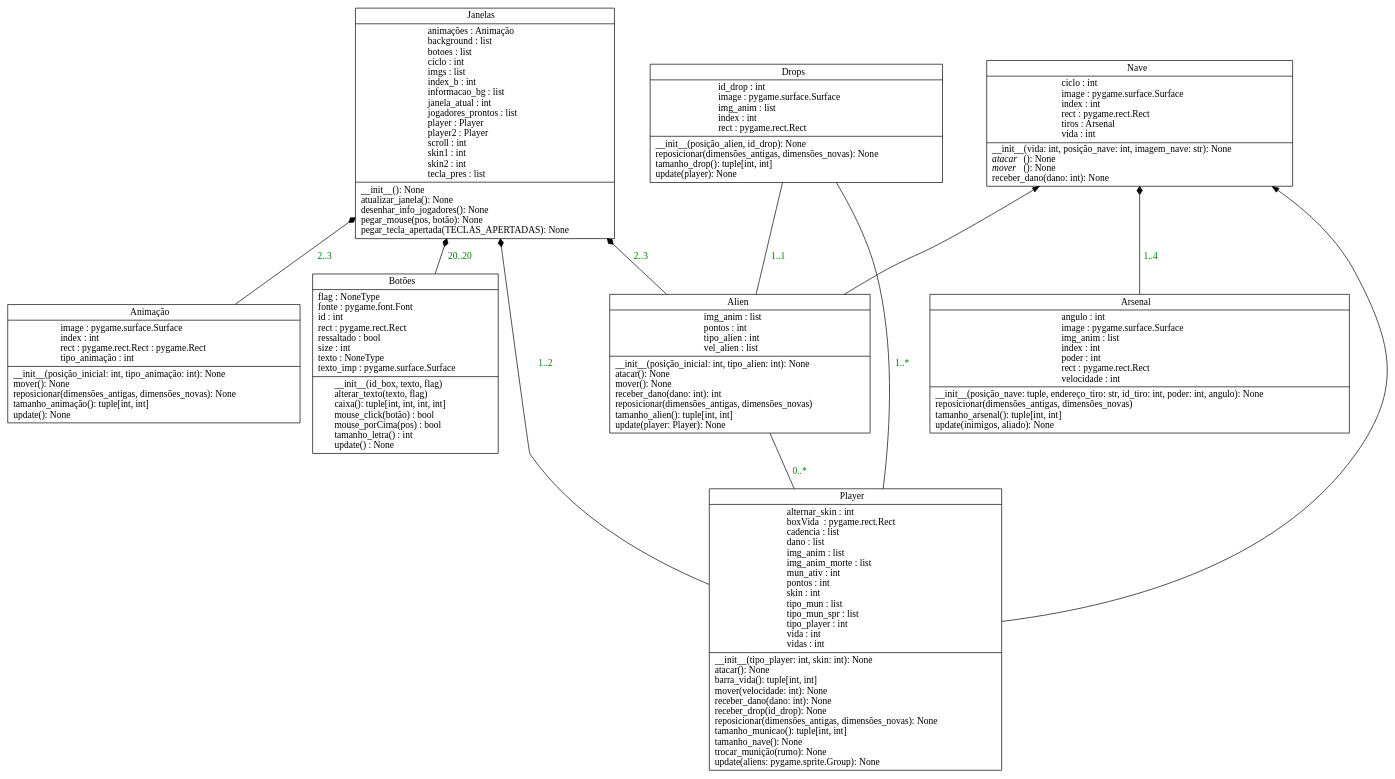
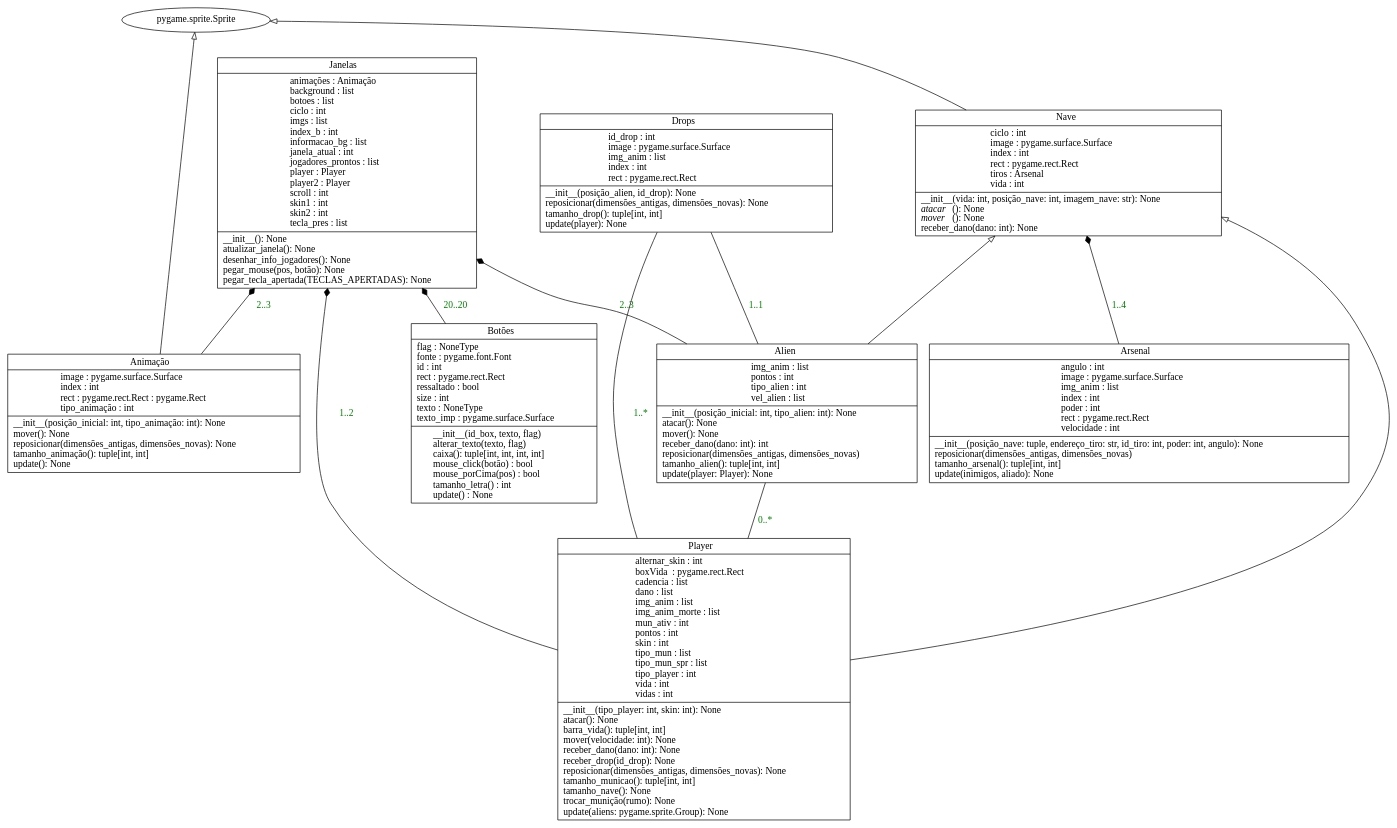
Before and after one commit to asdt123/Projeto-POO-2024-1: the diagram in UML/classes_JOGO.dot, drawn with Graphviz. The commit also changed 1 other file, not shown here.

Commit message:
alterado uml

```diff
--- a/UML/classes_JOGO.dot
+++ b/UML/classes_JOGO.dot
@@ -1,22 +1,24 @@
 digraph "classes_JOGO" {
 rankdir=BT
 charset="utf-8"
 "Janelas" [color="black", fontcolor="black", label=<{Janelas|animações : Animação<br ALIGN="LEFT"/>background : list<br ALIGN="LEFT"/>botoes : list<br ALIGN="LEFT"/>ciclo : int<br ALIGN="LEFT"/>imgs : list<br ALIGN="LEFT"/>index_b : int<br ALIGN="LEFT"/>informacao_bg : list<br ALIGN="LEFT"/>janela_atual : int<br ALIGN="LEFT"/>jogadores_prontos : list<br ALIGN="LEFT"/>player : Player<br ALIGN="LEFT"/>player2 : Player<br ALIGN="LEFT"/>scroll : int<br ALIGN="LEFT"/>skin1 : int<br ALIGN="LEFT"/>skin2 : int<br ALIGN="LEFT"/>tecla_pres : list<br ALIGN="LEFT"/>|__init__(): None<br ALIGN="LEFT"/>atualizar_janela(): None<br ALIGN="LEFT"/>desenhar_info_jogadores(): None<br ALIGN="LEFT"/>pegar_mouse(pos, botão): None<br ALIGN="LEFT"/>pegar_tecla_apertada(TECLAS_APERTADAS): None<br ALIGN="LEFT"/>}>, shape="record", style="solid"];
 "Nave" [color="black", fontcolor="black", label=<{Nave|ciclo : int<br ALIGN="LEFT"/>image : pygame.surface.Surface<br ALIGN="LEFT"/>index : int<br ALIGN="LEFT"/>rect : pygame.rect.Rect<br ALIGN="LEFT"/>tiros : Arsenal<br ALIGN="LEFT"/>vida : int<br ALIGN="LEFT"/>|__init__(vida: int, posição_nave: int, imagem_nave: str): None<br ALIGN="LEFT"/><I>atacar</I>(): None<br ALIGN="LEFT"/><I>mover</I>(): None<br ALIGN="LEFT"/>receber_dano(dano: int): None<br ALIGN="LEFT"/>}>, shape="record", style="solid"];
 "Alien" [color="black", fontcolor="black", label=<{Alien|img_anim : list<br ALIGN="LEFT"/>pontos : int<br ALIGN="LEFT"/>tipo_alien : int<br ALIGN="LEFT"/>vel_alien : list<br ALIGN="LEFT"/>|__init__(posição_inicial: int, tipo_alien: int): None<br ALIGN="LEFT"/>atacar(): None<br ALIGN="LEFT"/>mover(): None<br ALIGN="LEFT"/>receber_dano(dano: int): int<br ALIGN="LEFT"/>reposicionar(dimensões_antigas, dimensões_novas)<br ALIGN="LEFT"/>tamanho_alien(): tuple[int, int]<br ALIGN="LEFT"/>update(player: Player): None<br ALIGN="LEFT"/>}>, shape="record", style="solid"];
 "Arsenal" [color="black", fontcolor="black", label=<{Arsenal|angulo : int<br ALIGN="LEFT"/>image : pygame.surface.Surface<br ALIGN="LEFT"/>img_anim : list<br ALIGN="LEFT"/>index : int<br ALIGN="LEFT"/>poder : int<br ALIGN="LEFT"/>rect : pygame.rect.Rect<br ALIGN="LEFT"/>velocidade : int<br ALIGN="LEFT"/>|__init__(posição_nave: tuple, endereço_tiro: str, id_tiro: int, poder: int, angulo): None<br ALIGN="LEFT"/>reposicionar(dimensões_antigas, dimensões_novas)<br ALIGN="LEFT"/>tamanho_arsenal(): tuple[int, int]<br ALIGN="LEFT"/>update(inimigos, aliado): None<br ALIGN="LEFT"/>}>, shape="record", style="solid"];
 "Player" [color="black", fontcolor="black", label=<{Player|alternar_skin : int<br ALIGN="LEFT"/>boxVida  : pygame.rect.Rect<br ALIGN="LEFT"/>cadencia : list<br ALIGN="LEFT"/>dano : list<br ALIGN="LEFT"/>img_anim : list<br ALIGN="LEFT"/>img_anim_morte : list<br ALIGN="LEFT"/>mun_ativ : int<br ALIGN="LEFT"/>pontos : int<br ALIGN="LEFT"/>skin : int<br ALIGN="LEFT"/>tipo_mun : list<br ALIGN="LEFT"/>tipo_mun_spr : list<br ALIGN="LEFT"/>tipo_player : int<br ALIGN="LEFT"/>vida : int<br ALIGN="LEFT"/>vidas : int<br ALIGN="LEFT"/>|__init__(tipo_player: int, skin: int): None<br ALIGN="LEFT"/>atacar(): None<br ALIGN="LEFT"/>barra_vida(): tuple[int, int]<br ALIGN="LEFT"/>mover(velocidade: int): None<br ALIGN="LEFT"/>receber_dano(dano: int): None<br ALIGN="LEFT"/>receber_drop(id_drop): None<br ALIGN="LEFT"/>reposicionar(dimensões_antigas, dimensões_novas): None<br ALIGN="LEFT"/>tamanho_municao(): tuple[int, int]<br ALIGN="LEFT"/>tamanho_nave(): None<br ALIGN="LEFT"/>trocar_munição(rumo): None<br ALIGN="LEFT"/>update(aliens: pygame.sprite.Group): None<br ALIGN="LEFT"/>}>, shape="record", style="solid"];
 "Animação" [color="black", fontcolor="black", label=<{Animação|image : pygame.surface.Surface<br ALIGN="LEFT"/>index : int<br ALIGN="LEFT"/>rect : pygame.rect.Rect : pygame.Rect<br ALIGN="LEFT"/>tipo_animação : int<br ALIGN="LEFT"/>|__init__(posição_inicial: int, tipo_animação: int): None<br ALIGN="LEFT"/>mover(): None<br ALIGN="LEFT"/>reposicionar(dimensões_antigas, dimensões_novas): None<br ALIGN="LEFT"/>tamanho_animação(): tuple[int, int]<br ALIGN="LEFT"/>update(): None<br ALIGN="LEFT"/>}>, shape="record", style="solid"];
 "Botões" [color="black", fontcolor="black", label=<{Botões|flag : NoneType<br ALIGN="LEFT"/>fonte : pygame.font.Font <br ALIGN="LEFT"/>id : int<br ALIGN="LEFT"/>rect : pygame.rect.Rect<br ALIGN="LEFT"/>ressaltado : bool<br ALIGN="LEFT"/>size : int<br ALIGN="LEFT"/>texto : NoneType<br ALIGN="LEFT"/>texto_imp : pygame.surface.Surface<br ALIGN="LEFT"/>|__init__(id_box, texto, flag)<br ALIGN="LEFT"/>alterar_texto(texto, flag)<br ALIGN="LEFT"/>caixa(): tuple[int, int, int, int]<br ALIGN="LEFT"/>mouse_click(botão) : bool<br ALIGN="LEFT"/>mouse_porCima(pos) : bool<br ALIGN="LEFT"/>tamanho_letra() : int<br ALIGN="LEFT"/>update() : None<br ALIGN="LEFT"/>}>, shape="record", style="solid"];
 "Drops" [color="black", fontcolor="black", label=<{Drops|id_drop : int<br ALIGN="LEFT"/>image : pygame.surface.Surface<br ALIGN="LEFT"/>img_anim : list<br ALIGN="LEFT"/>index : int<br ALIGN="LEFT"/>rect : pygame.rect.Rect<br ALIGN="LEFT"/>|__init__(posição_alien, id_drop): None<br ALIGN="LEFT"/>reposicionar(dimensões_antigas, dimensões_novas): None<br ALIGN="LEFT"/>tamanho_drop(): tuple[int, int]<br ALIGN="LEFT"/>update(player): None<br ALIGN="LEFT"/>}>, shape="record", style="solid"];
+"Nave" -> "pygame.sprite.Sprite" [arrowhead="empty", arrowtail="none"];
+"Animação" -> "pygame.sprite.Sprite" [arrowhead="empty", arrowtail="none"];
 "Arsenal" -> "Nave" [arrowhead="diamond", arrowtail="none", fontcolor="green", label=" 1..4", style="solid"];
-"Alien" -> "Nave" [arrowhead="normal", arrowtail="none"];
+"Alien" -> "Nave" [arrowhead="empty", arrowtail="none"];
 "Alien" -> "Janelas" [arrowhead="diamond", arrowtail="none",  fontcolor="green", label="  2..3"];
 "Alien" -> "Drops" [arrowhead="none",  fontcolor="green", label="  1..1",arrowtail="none", style="solid"];
-"Player" -> "Nave" [arrowhead="normal", arrowtail="none"];
+"Player" -> "Nave" [arrowhead="empty", arrowtail="none"];
 "Player" -> "Alien" [arrowhead="none", arrowtail="none",  fontcolor="green", label="  0..*"];
 "Player" -> "Drops" [arrowhead="none",  fontcolor="green", label="  1..*",arrowtail="none", style="solid"];
 "Player" -> "Janelas" [arrowhead="diamond", arrowtail="none",  fontcolor="green", label="1..2                  "];
 "Animação" -> "Janelas" [arrowhead="diamond", arrowtail="none",  fontcolor="green", label="      2..3"];
 "Botões" -> "Janelas" [arrowhead="diamond", arrowtail="none",  fontcolor="green", label="  20..20"];
 }
```
